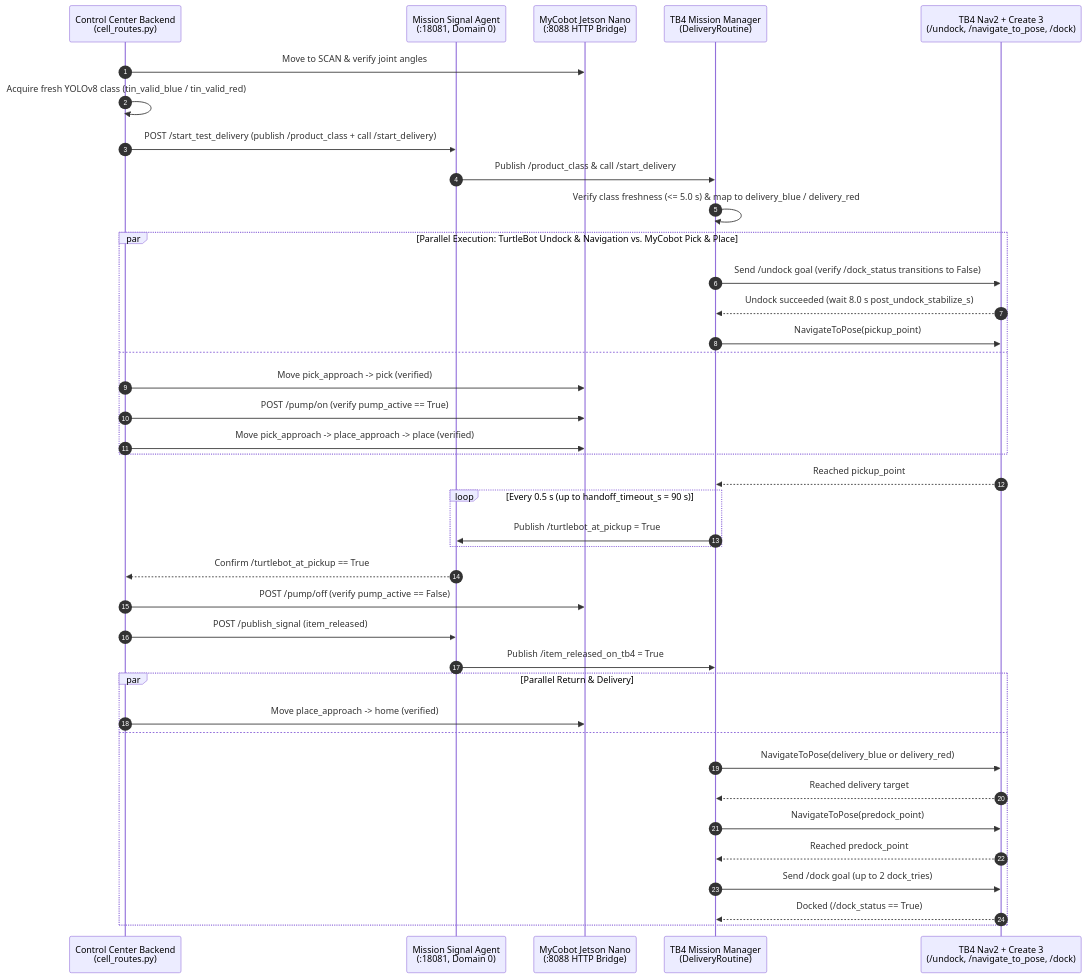
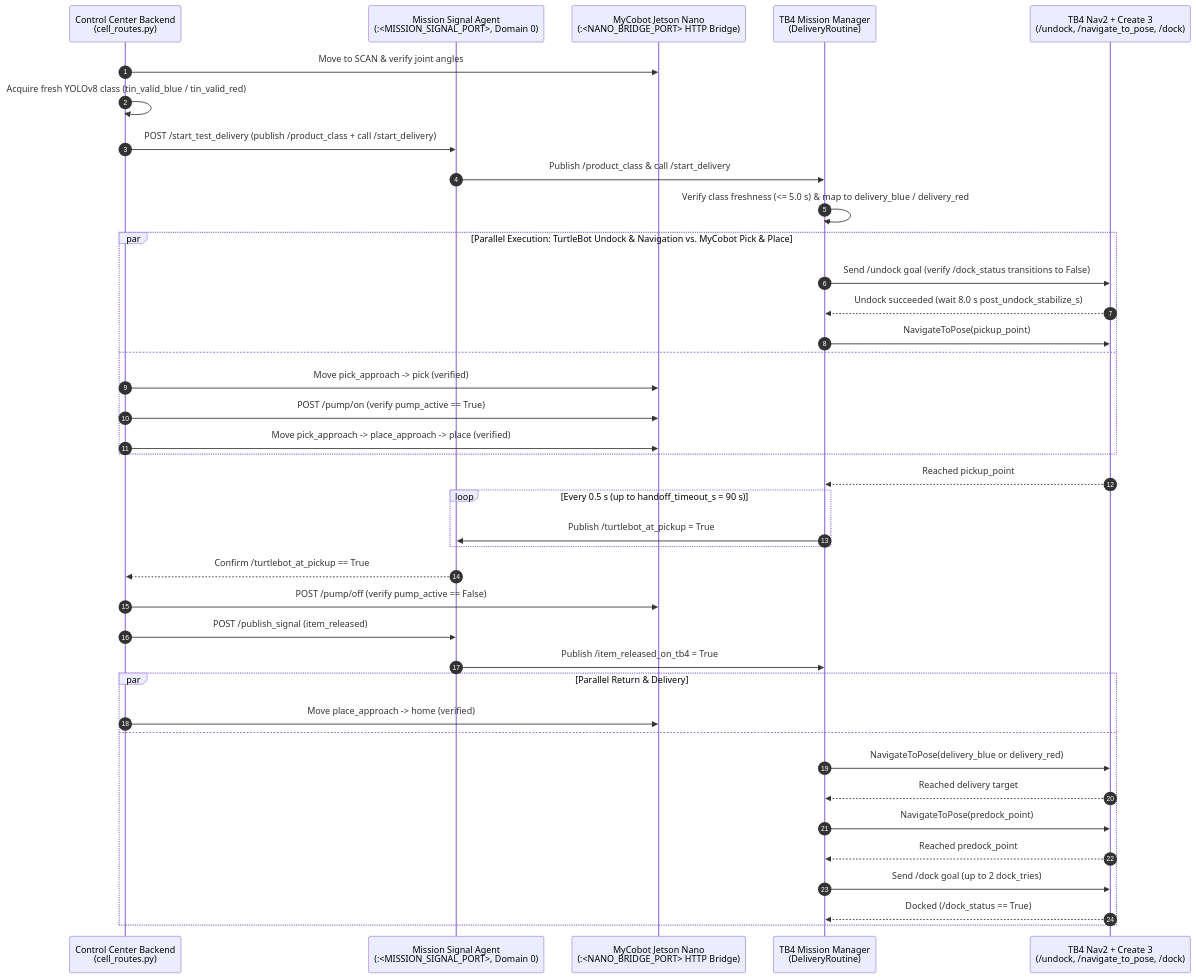
One commit to B002-FUTURE-LAB/B002_Future_Lab_Bots changed the first of 2 diagrams in docs/architecture/mission-handshake.md. Above: the diagram before and after it, drawn with Mermaid. The commit also changed 37 other files, not shown here.

````diff
--- a/docs/architecture/mission-handshake.md
+++ b/docs/architecture/mission-handshake.md
@@ -25,45 +25,45 @@
 ```mermaid
 sequenceDiagram
   autonumber
   participant CC as Control Center Backend<br/>(cell_routes.py)
-  participant MSA as Mission Signal Agent<br/>(:18081, Domain 0)
-  participant Nano as MyCobot Jetson Nano<br/>(:8088 HTTP Bridge)
+  participant MSA as Mission Signal Agent<br/>(:<MISSION_SIGNAL_PORT>, Domain 0)
+  participant Nano as MyCobot Jetson Nano<br/>(:<NANO_BRIDGE_PORT> HTTP Bridge)
   participant MM as TB4 Mission Manager<br/>(DeliveryRoutine)
   participant Nav2 as TB4 Nav2 + Create 3<br/>(/undock, /navigate_to_pose, /dock)
 
   CC->>Nano: Move to SCAN & verify joint angles
   CC->>CC: Acquire fresh YOLOv8 class (tin_valid_blue / tin_valid_red)
   CC->>MSA: POST /start_test_delivery (publish /product_class + call /start_delivery)
   MSA->>MM: Publish /product_class & call /start_delivery
   MM->>MM: Verify class freshness (<= 5.0 s) & map to delivery_blue / delivery_red
 
   par Parallel Execution: TurtleBot Undock & Navigation vs. MyCobot Pick & Place
     MM->>Nav2: Send /undock goal (verify /dock_status transitions to False)
     Nav2-->>MM: Undock succeeded (wait 8.0 s post_undock_stabilize_s)
     MM->>Nav2: NavigateToPose(pickup_point)
   and
     CC->>Nano: Move pick_approach -> pick (verified)
     CC->>Nano: POST /pump/on (verify pump_active == True)
     CC->>Nano: Move pick_approach -> place_approach -> place (verified)
   end
 
   Nav2-->>MM: Reached pickup_point
   loop Every 0.5 s (up to handoff_timeout_s = 90 s)
     MM->>MSA: Publish /turtlebot_at_pickup = True
   end
   MSA-->>CC: Confirm /turtlebot_at_pickup == True
   CC->>Nano: POST /pump/off (verify pump_active == False)
   CC->>MSA: POST /publish_signal (item_released)
   MSA->>MM: Publish /item_released_on_tb4 = True
 
   par Parallel Return & Delivery
     CC->>Nano: Move place_approach -> home (verified)
   and
     MM->>Nav2: NavigateToPose(delivery_blue or delivery_red)
     Nav2-->>MM: Reached delivery target
     MM->>Nav2: NavigateToPose(predock_point)
     Nav2-->>MM: Reached predock_point
     MM->>Nav2: Send /dock goal (up to 2 dock_tries)
     Nav2-->>MM: Docked (/dock_status == True)
   end
 ```
````
